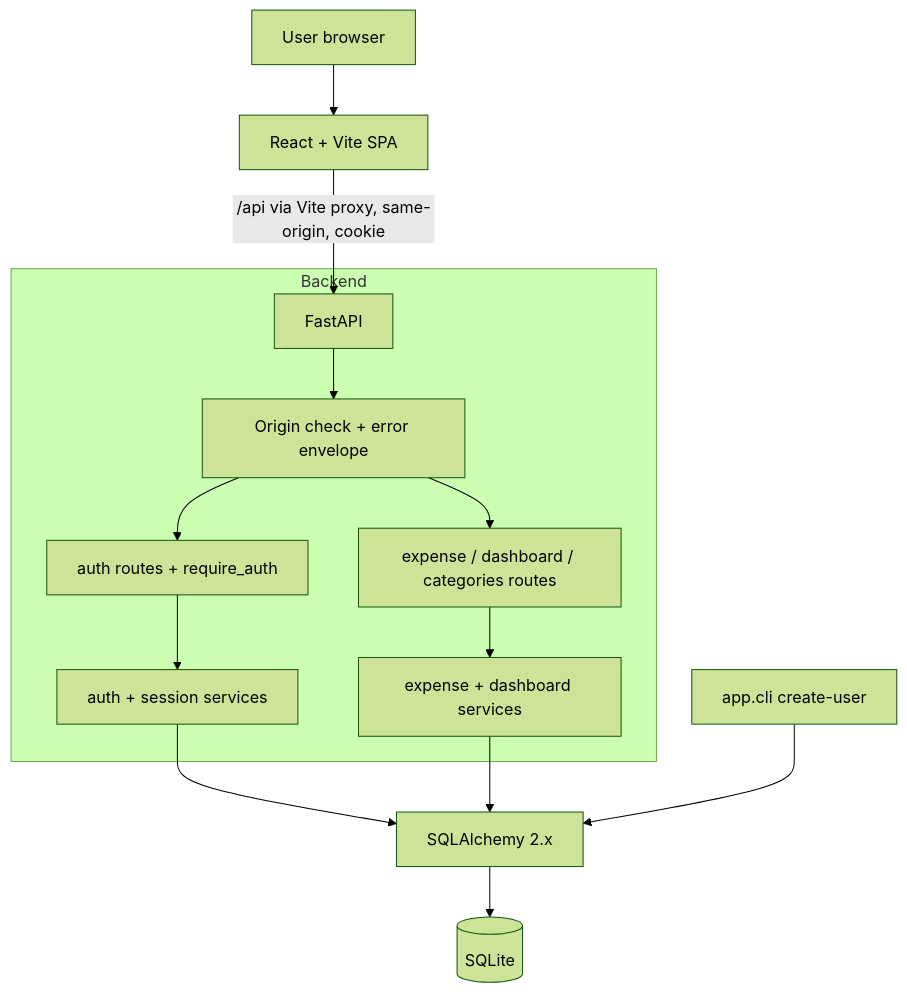
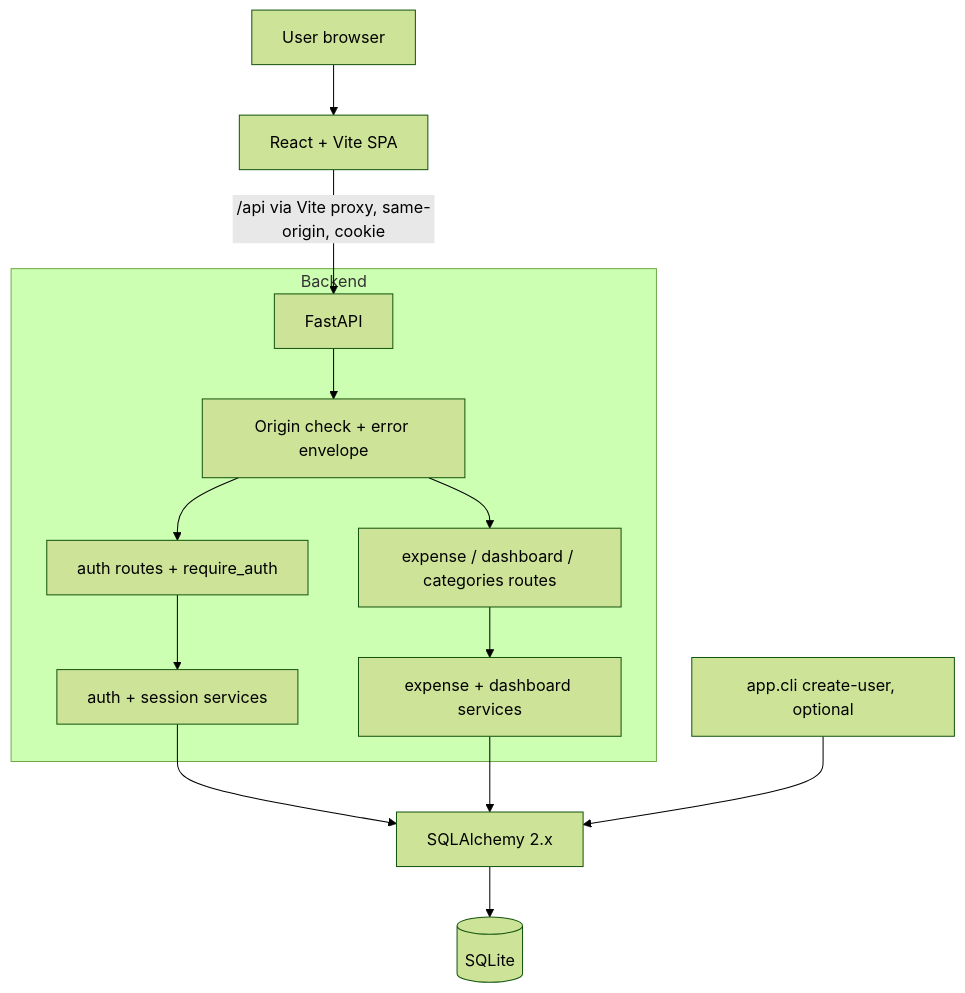
The diagram in docs/architecture.md (momchilantonov/ai_assisted_development_exam_expense_tracker), drawn with Mermaid (forest theme) before and after one commit. The commit also changed other lines of this file and 3 other files, not shown here.

````diff
--- a/docs/architecture.md
+++ b/docs/architecture.md
@@ -5,16 +5,16 @@
 ```mermaid
 flowchart TD
   U[User browser] --> FE[React + Vite SPA]
   FE -->|/api via Vite proxy, same-origin, cookie| API[FastAPI]
   subgraph Backend
     API --> MW[Origin check + error envelope]
     MW --> AUTH[auth routes + require_auth]
     MW --> EXP[expense / dashboard / categories routes]
     AUTH --> SVC_A[auth + session services]
     EXP --> SVC_E[expense + dashboard services]
   end
   SVC_A --> ORM[SQLAlchemy 2.x]
   SVC_E --> ORM
   ORM --> DB[(SQLite)]
-  CLI[app.cli create-user] --> ORM
+  CLI[app.cli create-user, optional] --> ORM
 ```
````
